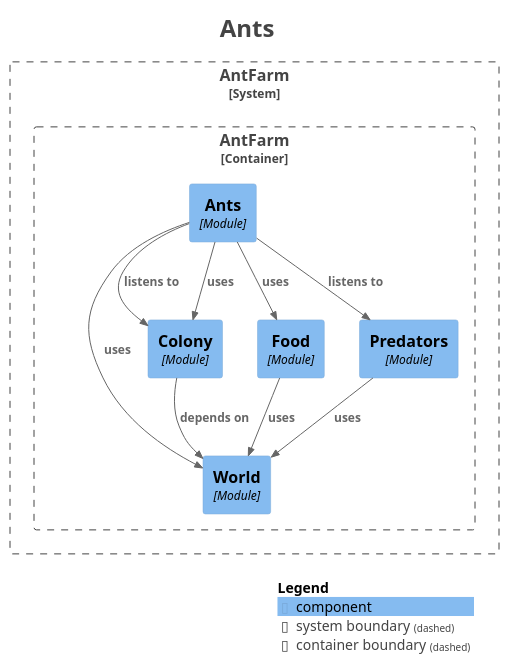
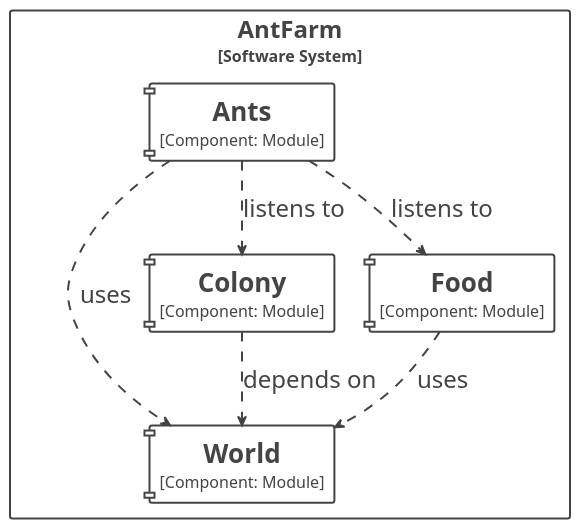
The diagram in src/main/resources/static/docs/module-ants.puml (BlockCat/ddd-ants), drawn with PlantUML before and after one commit. The commit also changed 57 other files, not shown here.

```diff
--- a/src/main/resources/static/docs/module-ants.puml
+++ b/src/main/resources/static/docs/module-ants.puml
@@ -1,40 +1,62 @@
 @startuml
-title <size:24>Ants</size>
 
 set separator none
 top to bottom direction
+hide stereotype
+
+skinparam {
+  componentStyle uml1
+}
 
 <style>
   root {
-    BackgroundColor: #ffffff
-    FontColor: #444444
+    BackgroundColor: #ffffff;
+    FontColor: #444444;
+  }
+  // Element,Component
+  .Element-RWxlbWVudCxDb21wb25lbnQ= {
+    BackgroundColor: #ffffff;
+    LineColor: #444444;
+    LineStyle: 0;
+    LineThickness: 2;
+    FontColor: #444444;
+    FontSize: 24;
+    HorizontalAlignment: center;
+    Shadowing: 0;
+    MaximumWidth: 450;
+  }
+  // Relationship
+  .Relationship-UmVsYXRpb25zaGlw {
+    LineThickness: 2;
+    LineStyle: 10-10;
+    LineColor: #444444;
+    FontColor: #444444;
+    FontSize: 24;
+  }
+  // AntFarm
+  .Boundary-QW50RmFybQ== {
+    BackgroundColor: #ffffff;
+    LineColor: #444444;
+    LineStyle: 0;
+    LineThickness: 2;
+    FontColor: #444444;
+    FontSize: 24;
+    HorizontalAlignment: center;
+    Shadowing: 0;
   }
 </style>
 
-!include <C4/C4>
-!include <C4/C4_Context>
-!include <C4/C4_Component>
-
-System_Boundary("AntFarm_boundary", "AntFarm", $tags="") {
-  Container_Boundary("AntFarm.AntFarm_boundary", "AntFarm", $tags="") {
-    Component(AntFarm.AntFarm.World, "World", $techn="Module", $descr="", $tags="", $link="")
-    Component(AntFarm.AntFarm.Colony, "Colony", $techn="Module", $descr="", $tags="", $link="")
-    Component(AntFarm.AntFarm.Food, "Food", $techn="Module", $descr="", $tags="", $link="")
-    Component(AntFarm.AntFarm.Predators, "Predators", $techn="Module", $descr="", $tags="", $link="")
-    Component(AntFarm.AntFarm.Ants, "Ants", $techn="Module", $descr="", $tags="", $link="")
-  }
-
+rectangle "AntFarm\n<size:16>[Software System]</size>" <<Boundary-QW50RmFybQ==>> {
+  component "==World\n<size:16>[Component: Module]</size>" <<Element-RWxlbWVudCxDb21wb25lbnQ=>> as AntFarm.AntFarm.World
+  component "==Colony\n<size:16>[Component: Module]</size>" <<Element-RWxlbWVudCxDb21wb25lbnQ=>> as AntFarm.AntFarm.Colony
+  component "==Food\n<size:16>[Component: Module]</size>" <<Element-RWxlbWVudCxDb21wb25lbnQ=>> as AntFarm.AntFarm.Food
+  component "==Ants\n<size:16>[Component: Module]</size>" <<Element-RWxlbWVudCxDb21wb25lbnQ=>> as AntFarm.AntFarm.Ants
 }
 
-Rel(AntFarm.AntFarm.Predators, AntFarm.AntFarm.World, "uses", $techn="", $tags="", $link="")
-Rel(AntFarm.AntFarm.Food, AntFarm.AntFarm.World, "uses", $techn="", $tags="", $link="")
-Rel(AntFarm.AntFarm.Ants, AntFarm.AntFarm.Colony, "listens to", $techn="", $tags="", $link="")
-Rel(AntFarm.AntFarm.Ants, AntFarm.AntFarm.Predators, "listens to", $techn="", $tags="", $link="")
-Rel(AntFarm.AntFarm.Ants, AntFarm.AntFarm.World, "uses", $techn="", $tags="", $link="")
-Rel(AntFarm.AntFarm.Ants, AntFarm.AntFarm.Colony, "uses", $techn="", $tags="", $link="")
-Rel(AntFarm.AntFarm.Ants, AntFarm.AntFarm.Food, "uses", $techn="", $tags="", $link="")
-Rel(AntFarm.AntFarm.Colony, AntFarm.AntFarm.World, "depends on", $techn="", $tags="", $link="")
+AntFarm.AntFarm.Food --> AntFarm.AntFarm.World <<Relationship-UmVsYXRpb25zaGlw>> : "uses"
+AntFarm.AntFarm.Ants --> AntFarm.AntFarm.Food <<Relationship-UmVsYXRpb25zaGlw>> : "listens to"
+AntFarm.AntFarm.Ants --> AntFarm.AntFarm.Colony <<Relationship-UmVsYXRpb25zaGlw>> : "listens to"
+AntFarm.AntFarm.Ants --> AntFarm.AntFarm.World <<Relationship-UmVsYXRpb25zaGlw>> : "uses"
+AntFarm.AntFarm.Colony --> AntFarm.AntFarm.World <<Relationship-UmVsYXRpb25zaGlw>> : "depends on"
 
-SHOW_LEGEND(true)
-hide stereotypes
 @enduml
```
